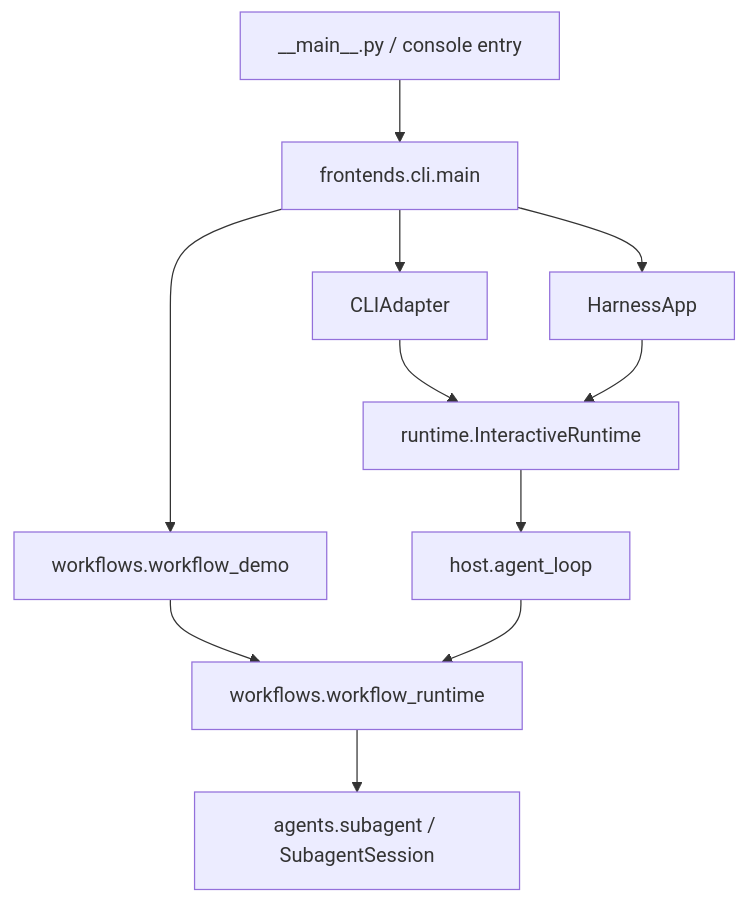
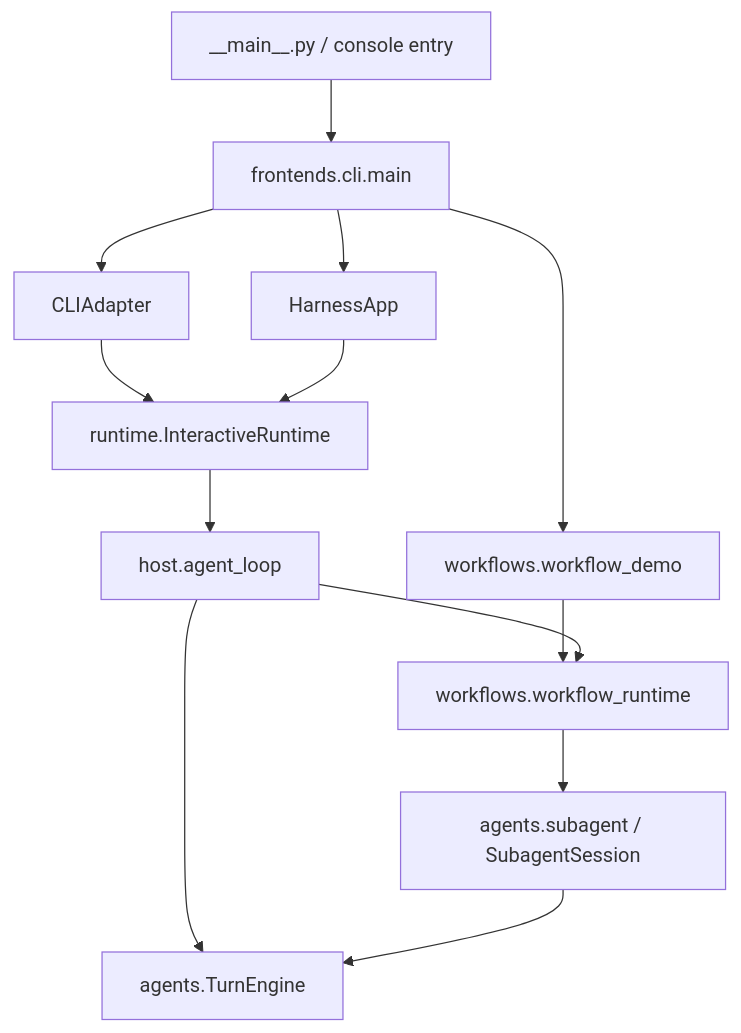
Before and after one commit to liminggao1/CodeFox: the diagram in src/agent_harness/README.md, drawn with Mermaid. The commit also changed other lines of this file and 22 other files, not shown here.

First line of the commit message:
Refactor agent harness to integrate LeadTurn and enhance context management

````diff
--- a/src/agent_harness/README.md
+++ b/src/agent_harness/README.md
@@ -35,13 +35,15 @@
 ```mermaid
 flowchart TD
     Entry[__main__.py / console entry] --> Router[frontends.cli.main]
     Router --> CLI[CLIAdapter]
     Router --> TUI[HarnessApp]
     CLI --> Runtime[runtime.InteractiveRuntime]
     TUI --> Runtime
     Runtime --> Lead[host.agent_loop]
     Router --> Demo[workflows.workflow_demo]
     Demo --> Workflow[workflows.workflow_runtime]
     Lead --> Workflow
     Workflow --> Child[agents.subagent / SubagentSession]
+    Lead --> Engine[agents.TurnEngine]
+    Child --> Engine
 ```
````
